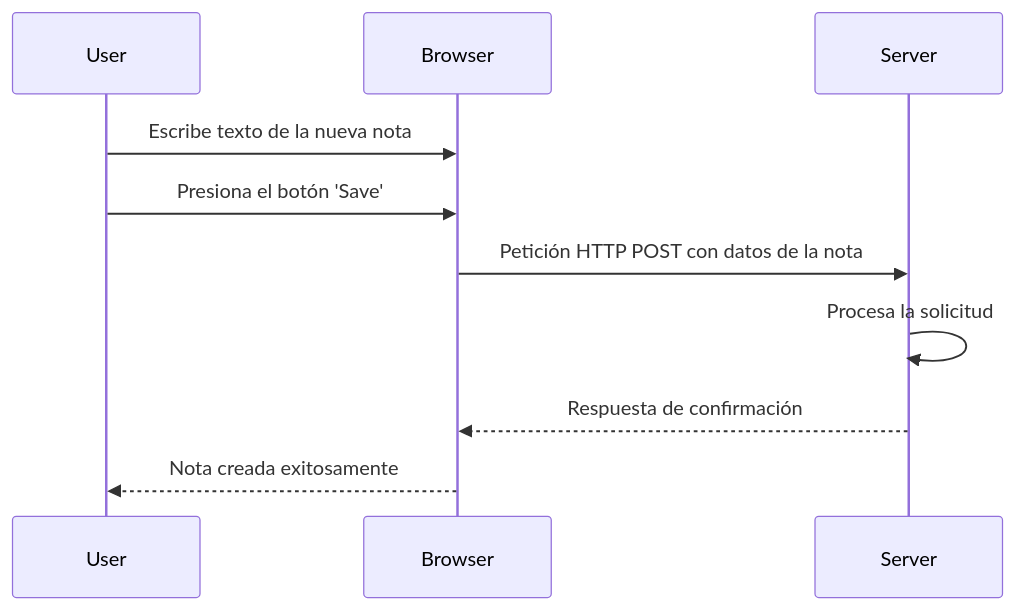
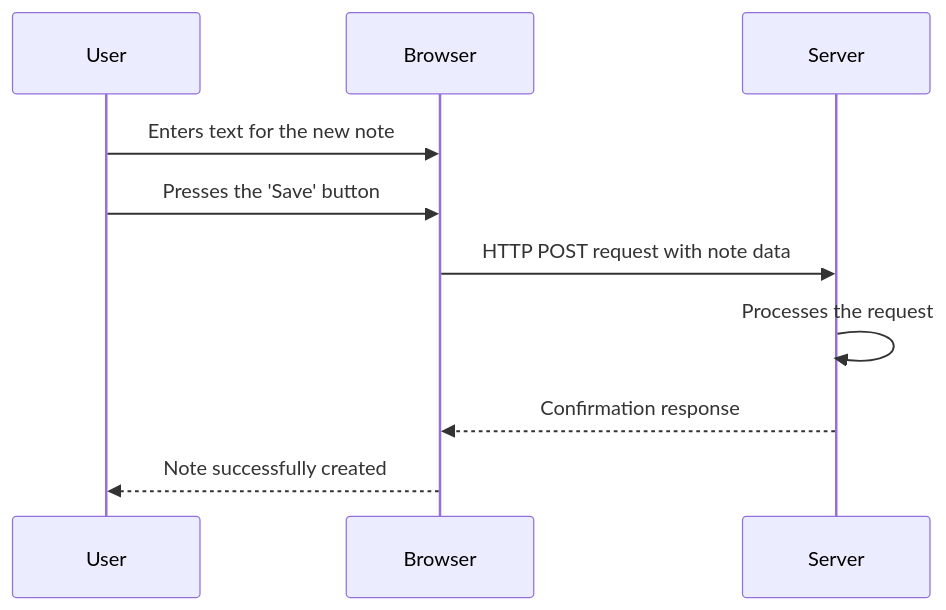
The diagram in part0/0.4.mermaid (Cristian10DV/fullstackopenCourse), drawn with Mermaid before and after one commit. The commit also changed 1 other file, not shown here.

```diff
--- a/part0/0.4.mermaid
+++ b/part0/0.4.mermaid
@@ -1,10 +1,11 @@
 sequenceDiagram
     participant User
     participant Browser
     participant Server
-    User->>Browser: Escribe texto de la nueva nota
-    User->>Browser: Presiona el botón 'Save'
-    Browser->>Server: Petición HTTP POST con datos de la nota
-    Server->>Server: Procesa la solicitud
-    Server-->>Browser: Respuesta de confirmación
-    Browser-->>User: Nota creada exitosamente
+
+    User->>Browser: Enters text for the new note
+    User->>Browser: Presses the 'Save' button
+    Browser->>Server: HTTP POST request with note data
+    Server->>Server: Processes the request
+    Server-->>Browser: Confirmation response
+    Browser-->>User: Note successfully created
```
